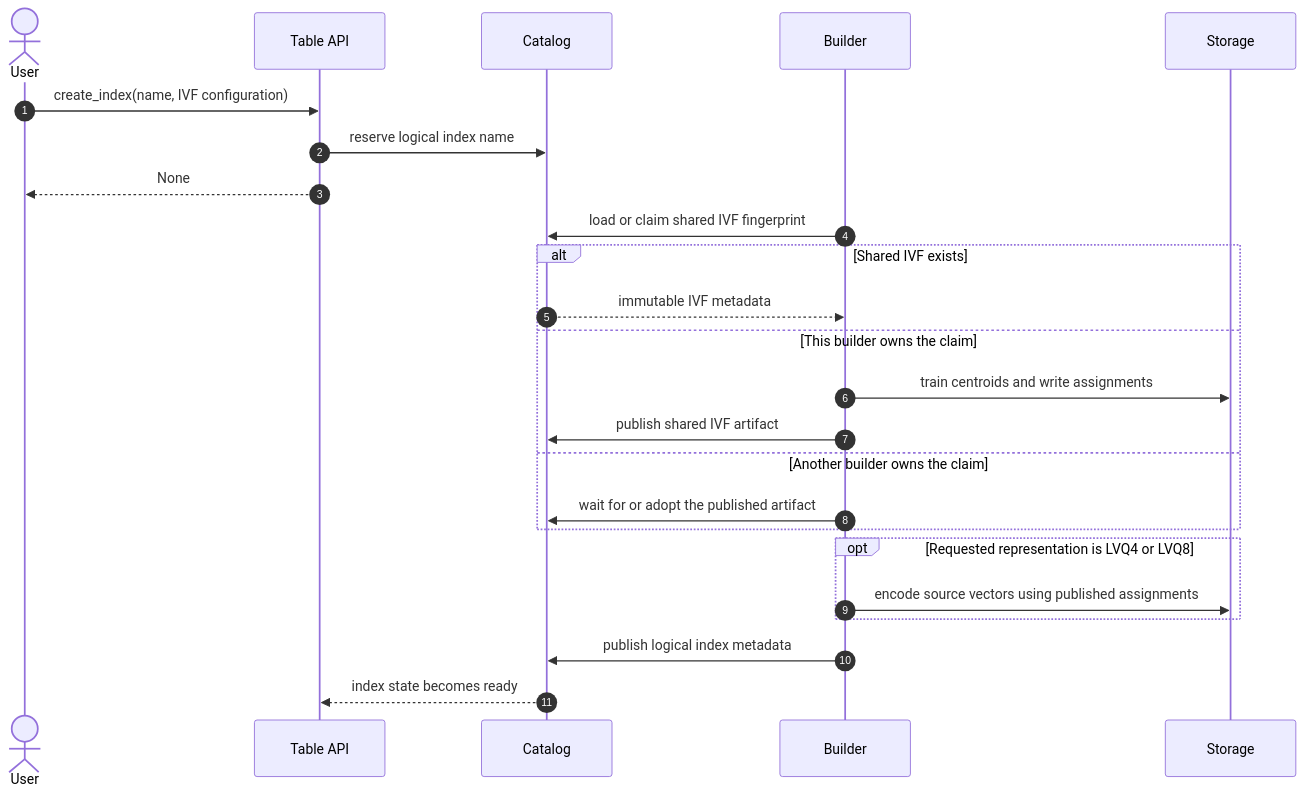
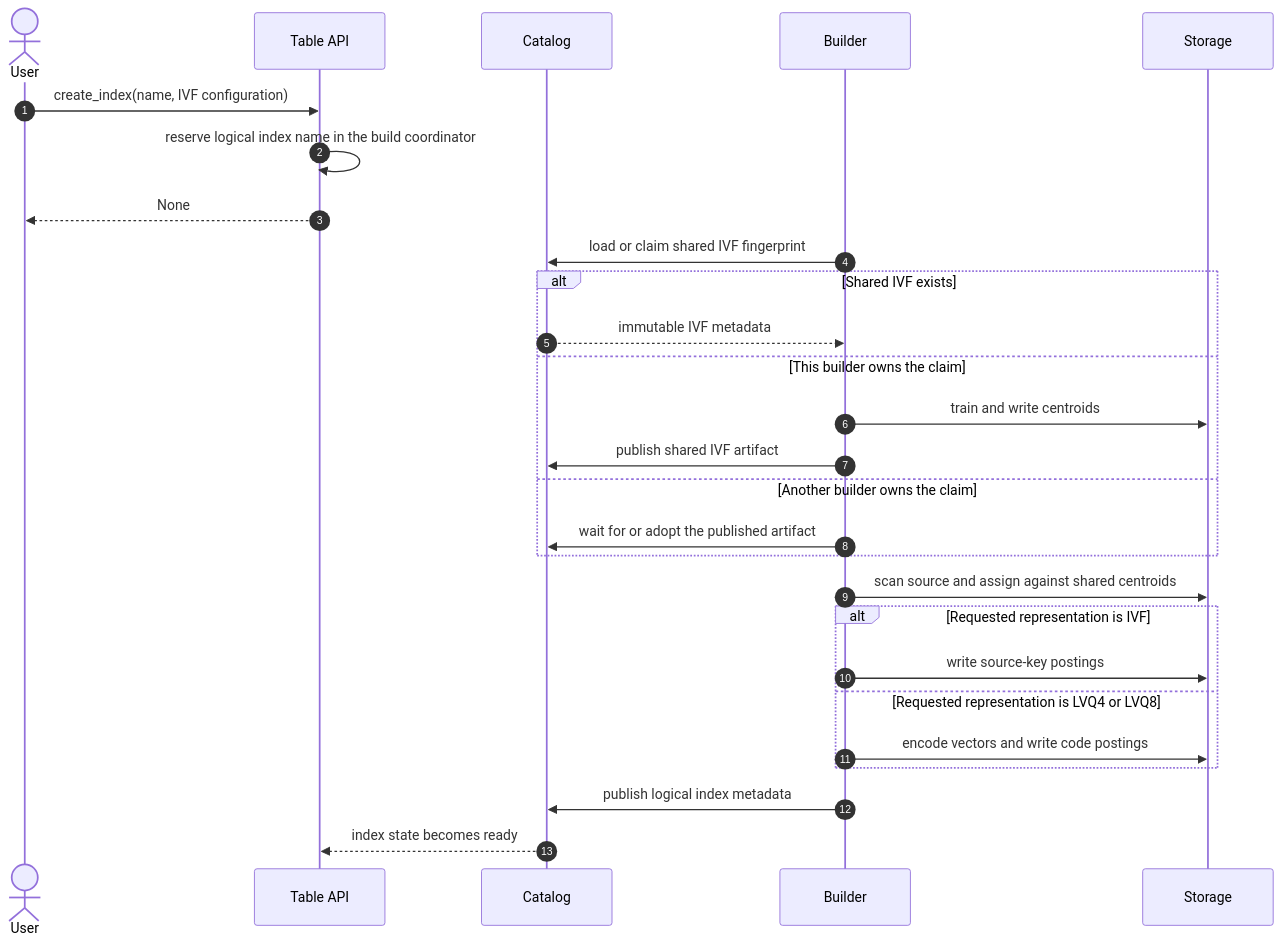
One commit to parqdb-io/parqdb changed the second of 2 diagrams in docs/rfcs/20260815-shared-ivf-cosine.md. Above: the diagram before and after it, drawn with Mermaid. The commit also changed other lines of this file, not shown here.

Commit message:
docs(rfc): refine shared IVF and cosine design

````diff
--- a/docs/rfcs/20260815-shared-ivf-cosine.md
+++ b/docs/rfcs/20260815-shared-ivf-cosine.md
@@ -201,27 +203,30 @@
 ```mermaid
 sequenceDiagram
     autonumber
     actor User
     participant API as Table API
     participant Catalog
     participant Builder
     participant Storage
 
     User->>API: create_index(name, IVF configuration)
-    API->>Catalog: reserve logical index name
+    API->>API: reserve logical index name in the build coordinator
     API-->>User: None
     Builder->>Catalog: load or claim shared IVF fingerprint
     alt Shared IVF exists
         Catalog-->>Builder: immutable IVF metadata
     else This builder owns the claim
-        Builder->>Storage: train centroids and write assignments
+        Builder->>Storage: train and write centroids
         Builder->>Catalog: publish shared IVF artifact
     else Another builder owns the claim
         Builder->>Catalog: wait for or adopt the published artifact
     end
-    opt Requested representation is LVQ4 or LVQ8
-        Builder->>Storage: encode source vectors using published assignments
+    Builder->>Storage: scan source and assign against shared centroids
+    alt Requested representation is IVF
+        Builder->>Storage: write source-key postings
+    else Requested representation is LVQ4 or LVQ8
+        Builder->>Storage: encode vectors and write code postings
     end
     Builder->>Catalog: publish logical index metadata
     Catalog-->>API: index state becomes ready
 ```
````
